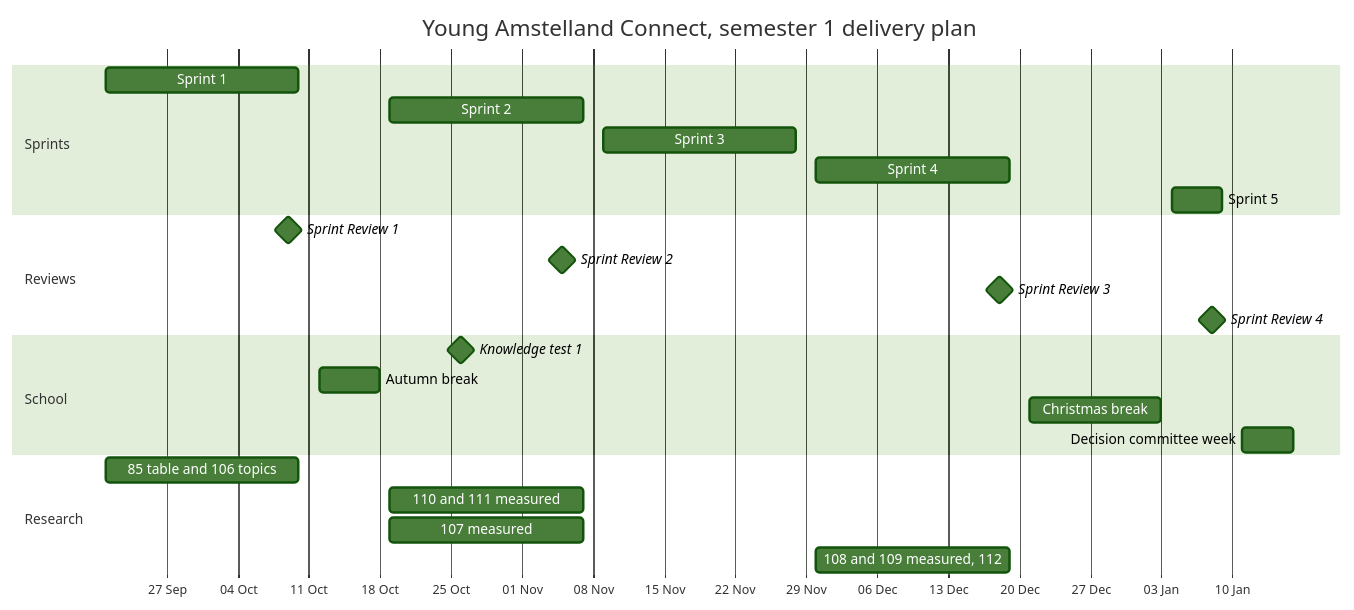
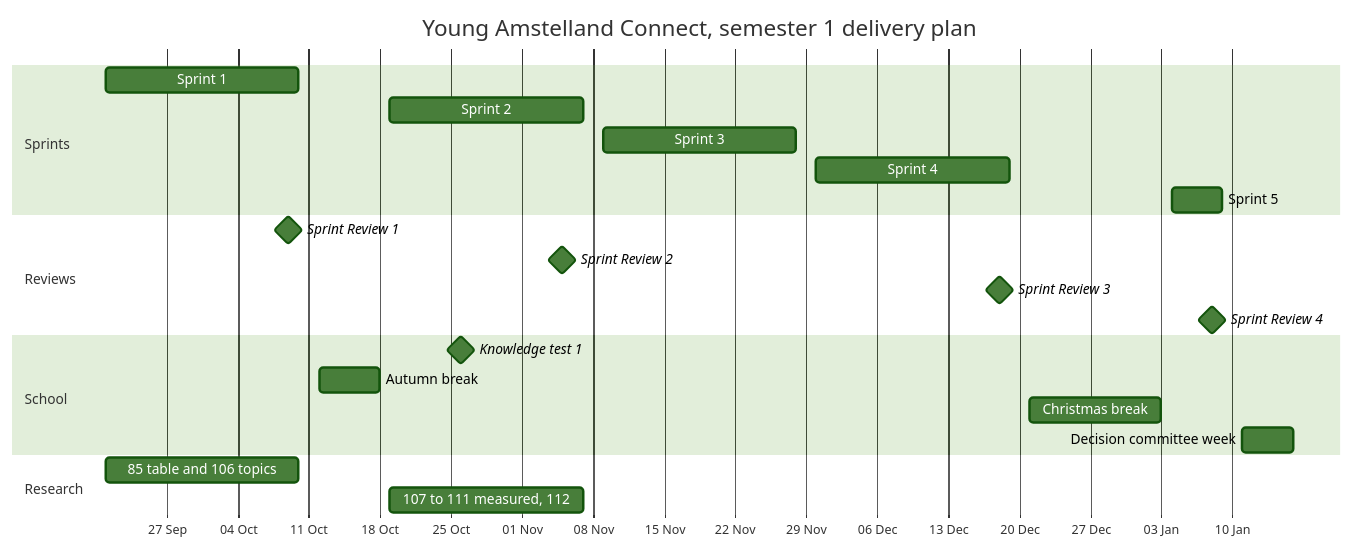
The diagram in docs/project/deliveryPlan.md (guruITA/connect-nine), drawn with Mermaid (forest theme) before and after one commit. The commit also changed other lines of this file and 3 other files, not shown here.

````diff
--- a/docs/project/deliveryPlan.md
+++ b/docs/project/deliveryPlan.md
@@ -297,31 +296,29 @@
 ```mermaid
 gantt
     title Young Amstelland Connect, semester 1 delivery plan
     dateFormat YYYY-MM-DD
     axisFormat %d %b
 
     section Sprints
     Sprint 1                       :s1, 2026-09-21, 2026-10-10
     Sprint 2                       :s2, 2026-10-19, 2026-11-07
     Sprint 3                       :s3, 2026-11-09, 2026-11-28
     Sprint 4                       :s4, 2026-11-30, 2026-12-19
     Sprint 5                       :s5, 2027-01-04, 2027-01-09
 
     section Reviews
     Sprint Review 1                :milestone, sr1, 2026-10-09, 0d
     Sprint Review 2                :milestone, sr2, 2026-11-05, 0d
     Sprint Review 3                :milestone, sr3, 2026-12-18, 0d
     Sprint Review 4                :milestone, sr4, 2027-01-08, 0d
 
     section School
     Knowledge test 1               :milestone, kt1, 2026-10-26, 0d
     Autumn break                   :ab, 2026-10-12, 2026-10-18
     Christmas break                :cb, 2026-12-21, 2027-01-03
     Decision committee week        :dc, 2027-01-11, 2027-01-16
 
     section Research
     85 table and 106 topics     :r1, 2026-09-21, 2026-10-10
-    110 and 111 measured           :r2, 2026-10-19, 2026-11-07
-    107 measured                   :r3, 2026-10-19, 2026-11-07
-    108 and 109 measured, 112     :r4, 2026-11-30, 2026-12-19
+    107 to 111 measured, 112       :r2, 2026-10-19, 2026-11-07
 ```
````
